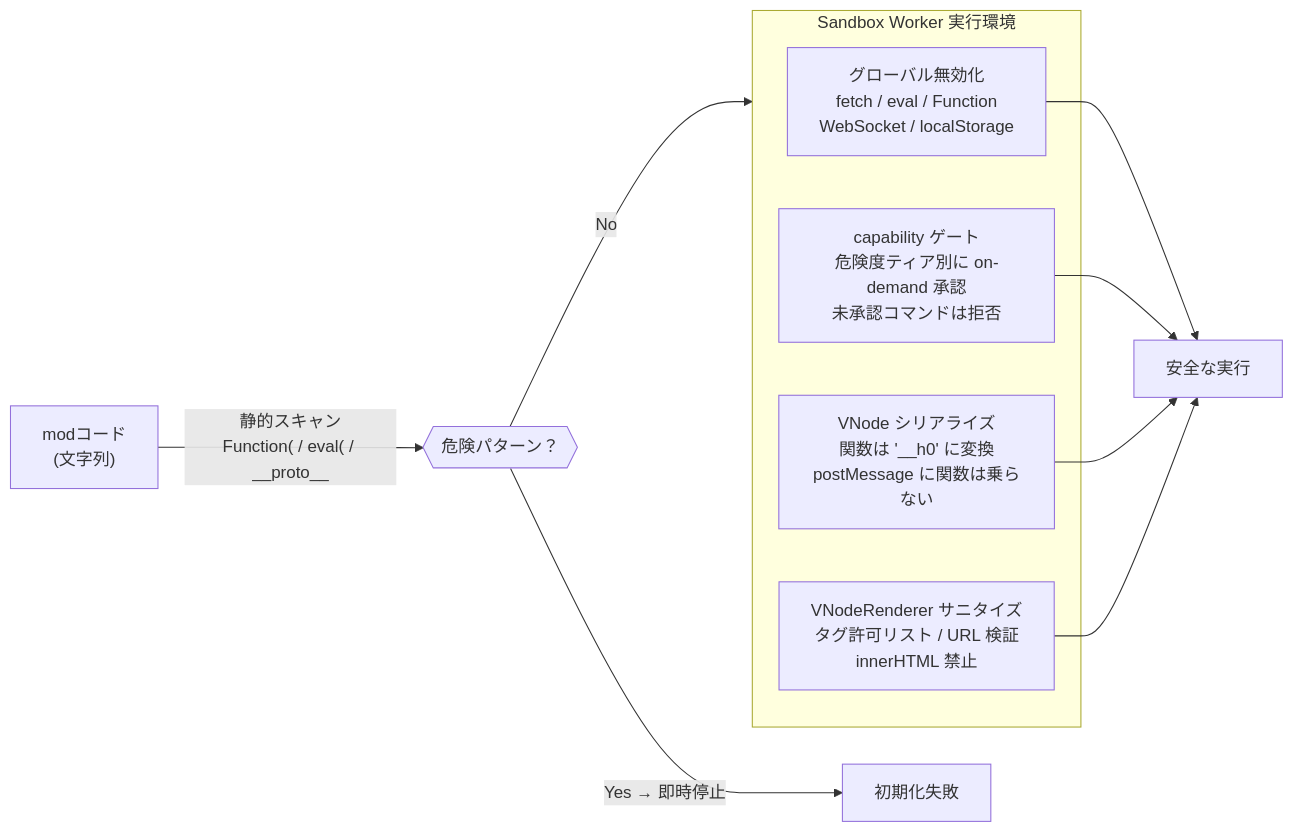
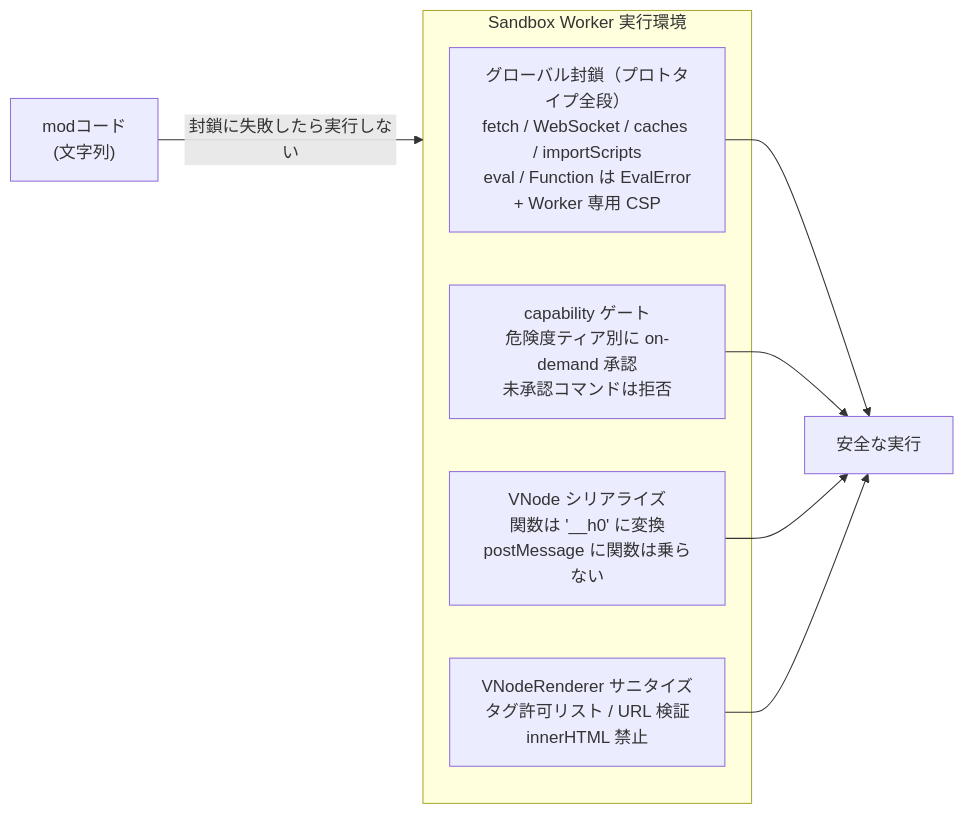
Before and after one commit to ubichill/ubichill: the third of 3 diagrams in docs/ARCHITECTURE.md, drawn with Mermaid. The commit also changed other lines of this file and 76 other files, not shown here.

First line of the commit message:
feat: mod が WASM・バイナリを扱える基盤と Sandbox Worker の封鎖強化 (#202) (#212)

````diff
--- a/docs/ARCHITECTURE.md
+++ b/docs/ARCHITECTURE.md
@@ -246,17 +254,15 @@
 ```mermaid
 flowchart LR
     code["modコード\n(文字列)"]
 
-    code -->|"静的スキャン\nFunction( / eval( / __proto__"| check{{"危険パターン？"}}
-    check -->|"Yes → 即時停止"| err["初期化失敗"]
-    check -->|"No"| sandbox
+    code -->|"封鎖に失敗したら実行しない"| sandbox
 
     subgraph sandbox["Sandbox Worker 実行環境"]
-        freeze["グローバル無効化\nfetch / eval / Function\nWebSocket / localStorage"]
+        freeze["グローバル封鎖（プロトタイプ全段）\nfetch / WebSocket / caches / importScripts\neval / Function は EvalError\n+ Worker 専用 CSP"]
         cap["capability ゲート\n危険度ティア別に on-demand 承認\n未承認コマンドは拒否"]
         serial["VNode シリアライズ\n関数は '__h0' に変換\npostMessage に関数は乗らない"]
         vnode["VNodeRenderer サニタイズ\nタグ許可リスト / URL 検証\ninnerHTML 禁止"]
     end
 
     freeze & cap & serial & vnode --> safe["安全な実行"]
 ```
````
